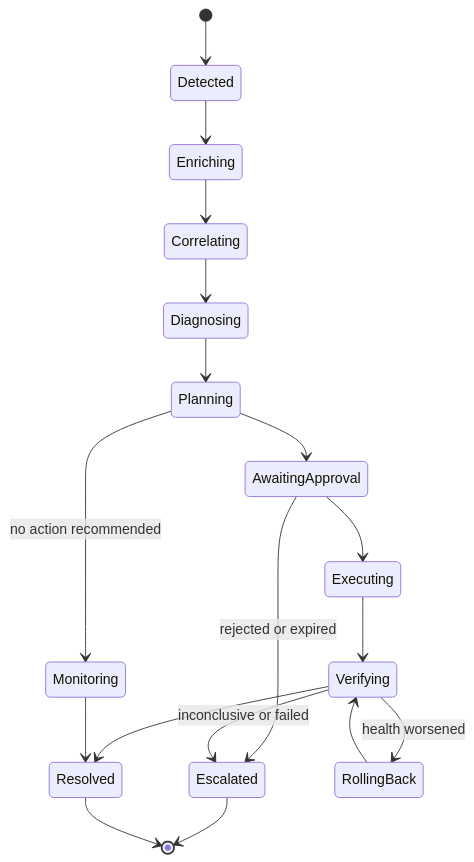
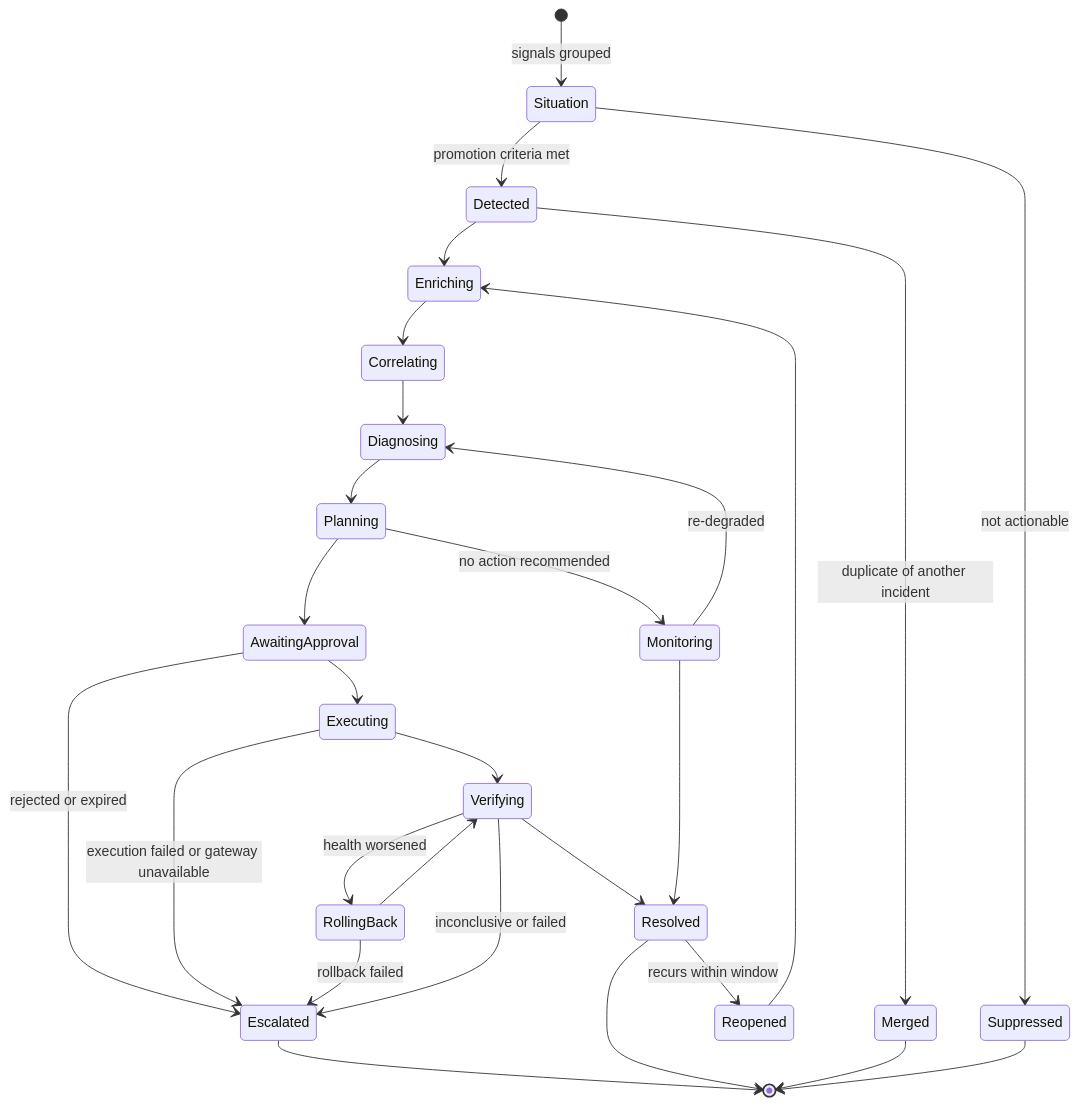
The second of 2 diagrams in specs/architecture/01-reference-architecture.md (msahil/databricks-self-healing-it-agent-systems), drawn with Mermaid before and after one commit. The commit also changed other lines of this file and 6 other files, not shown here.

````diff
--- a/specs/architecture/01-reference-architecture.md
+++ b/specs/architecture/01-reference-architecture.md
@@ -105,20 +105,30 @@
 ```mermaid
 stateDiagram-v2
-  [*] --> Detected
+  [*] --> Situation: signals grouped
+  Situation --> Detected: promotion criteria met
+  Situation --> Suppressed: not actionable
   Detected --> Enriching
   Enriching --> Correlating
   Correlating --> Diagnosing
   Diagnosing --> Planning
   Planning --> AwaitingApproval
   Planning --> Monitoring: no action recommended
   AwaitingApproval --> Executing
   AwaitingApproval --> Escalated: rejected or expired
   Executing --> Verifying
+  Executing --> Escalated: execution failed or gateway unavailable
   Verifying --> Resolved
   Verifying --> RollingBack: health worsened
   RollingBack --> Verifying
+  RollingBack --> Escalated: rollback failed
   Verifying --> Escalated: inconclusive or failed
   Monitoring --> Resolved
+  Monitoring --> Diagnosing: re-degraded
+  Resolved --> Reopened: recurs within window
+  Reopened --> Enriching
+  Detected --> Merged: duplicate of another incident
   Escalated --> [*]
   Resolved --> [*]
+  Merged --> [*]
+  Suppressed --> [*]
 ```
````
